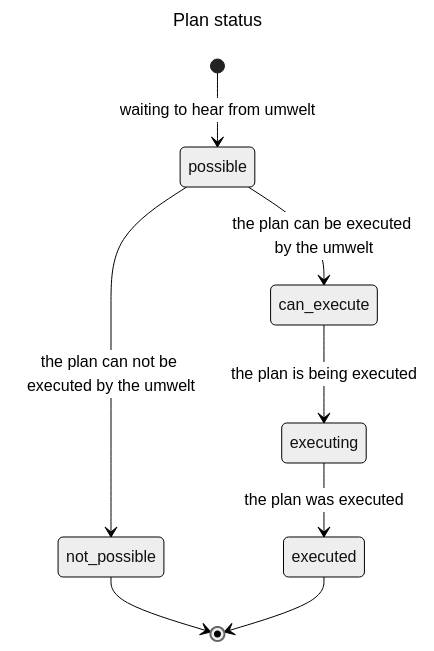
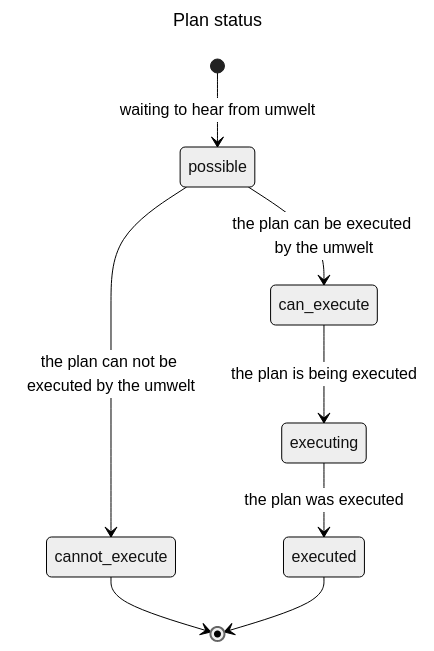
Before and after one commit to jfcloutier/karma_system: the second of 2 diagrams in design_notes/acting.md, drawn with Mermaid (neutral theme). The commit also changed other lines of this file, not shown here.

Commit message:
Renamed plan status not_possible to cannot_execute

````diff
--- a/design_notes/acting.md
+++ b/design_notes/acting.md
@@ -306,13 +306,13 @@
 ```mermaid
 ---
 title: Plan status
 ---
 stateDiagram-v2
   [*] --> possible : waiting to hear from umwelt
-  possible --> not_possible : the plan can not be executed by the umwelt
-  not_possible --> [*]
+  possible --> cannot_execute : the plan can not be executed by the umwelt
+  cannot_execute --> [*]
   possible --> can_execute : the plan can be executed by the umwelt
   can_execute --> executing : the plan is being executed
   executing --> executed : the plan was executed
   executed --> [*]
 ```
````
